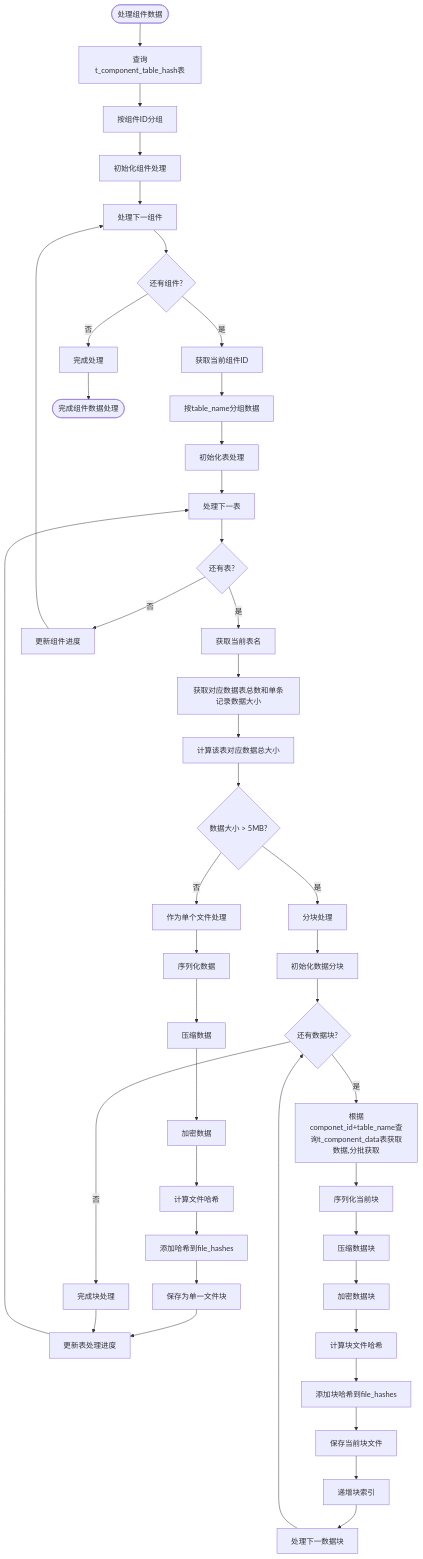
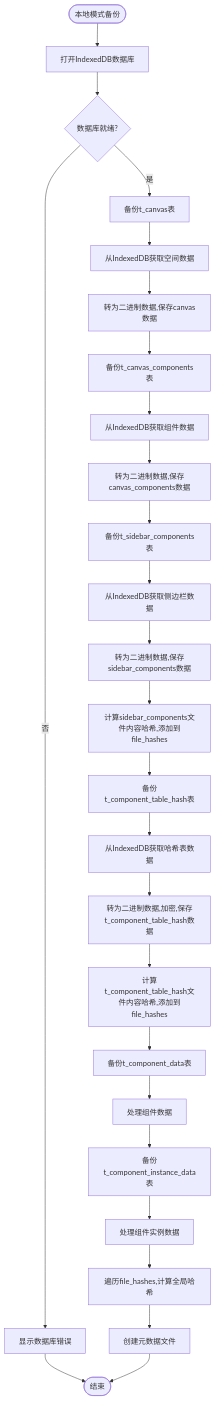
The diagram in all/未命名-60.md (yingjianzh/iodraw-files), drawn with Mermaid before and after one commit.

Commit message:
2025-05-15 15:03:29 update

````diff
--- a/all/未命名-60.md
+++ b/all/未命名-60.md
@@ -1,62 +1,38 @@
 ```mermaid
 
 flowchart TD
-    Start([处理组件数据]) --> QueryDB[查询t_component_table_hash表]
-    QueryDB --> GroupByComp[按组件ID分组]
-    GroupByComp --> InitCompProcess[初始化组件处理]
+    Start([本地模式备份]) --> OpenDB[打开IndexedDB数据库]
+    OpenDB --> DBReady{数据库就绪?}
     
-    InitCompProcess --> ProcessNextComp[处理下一组件]
-    ProcessNextComp --> MoreComps{还有组件?}
-    MoreComps -->|否| CompleteProcess[完成处理]
-    MoreComps -->|是| GetCompID[获取当前组件ID]
+    DBReady -->|否| ShowDBError[显示数据库错误]
+    DBReady -->|是| BackupCanvas[备份t_canvas表]
     
-    GetCompID --> GroupByTable[按table_name分组数据]
-    GroupByTable --> InitTableProcess[初始化表处理]
+    ShowDBError --> End([结束])
     
-    InitTableProcess --> ProcessNextTable[处理下一表]
-    ProcessNextTable --> MoreTables{还有表?}
-
-
-    MoreTables -->|是| GetTableName[获取当前表名]
-    MoreTables -->|否| UpdateCompProgress[更新组件进度]
+    BackupCanvas --> GetCanvasFromDB[从IndexedDB获取空间数据]
+    GetCanvasFromDB --> ProcessCanvasFile[转为二进制数据,保存canvas数据]
+    ProcessCanvasFile -->  BackupCanvasComps[备份t_canvas_components表]
+    BackupCanvasComps --> GetCanvasCompsFromDB[从IndexedDB获取组件数据]
+    GetCanvasCompsFromDB --> ProcessCanvasCompsFile[转为二进制数据,保存canvas_components数据]
+    ProcessCanvasCompsFile -->  BackupSidebarComps[备份t_sidebar_components表]
+    BackupSidebarComps --> GetSidebarCompsFromDB[从IndexedDB获取侧边栏数据]
+    GetSidebarCompsFromDB --> ProcessSidebarCompsFile[转为二进制数据,保存sidebar_components数据]
+    ProcessSidebarCompsFile --> AddSidebarCompsHash[计算sidebar_components文件内容哈希,添加到file_hashes]
     
-    UpdateCompProgress --> ProcessNextComp
+    AddSidebarCompsHash --> BackupHashTables[备份t_component_table_hash表]
+    BackupHashTables --> GetHashTablesFromDB[从IndexedDB获取哈希表数据]
+    GetHashTablesFromDB --> ProcessHashTablesFile[转为二进制数据,加密,保存t_component_table_hash数据]
+    ProcessHashTablesFile --> AddHashTablesHash[计算t_component_table_hash文件内容哈希,添加到file_hashes]
     
-    GetTableName --> CheckDataSize[获取对应数据表总数和单条记录数据大小]
-    CheckDataSize --> TotalSize[计算该表对应数据总大小]
-
-    TotalSize --> DataSize{数据大小 > 5MB?}
-   
-    DataSize -->|否| ProcessSingleFile[作为单个文件处理]
-    DataSize -->|是| ProcessMultipleChunks[分块处理]
-
-    ProcessMultipleChunks --> InitChunks[初始化数据分块]
-    InitChunks --> MoreChunks{还有数据块?}
-    MoreChunks -->|是| QueryTableData[根据componet_id+table_name查询t_component_data表获取数据,分批获取]
-    MoreChunks -->|否| CompleteChunks[完成块处理]
+    AddHashTablesHash --> BackupCompData[备份t_component_data表]
+    BackupCompData --> ProcessCompData[处理组件数据]
     
-    ProcessSingleFile --> SerializeData[序列化数据]
-    SerializeData --> CompressData[压缩数据]
-    CompressData --> EncryptData[加密数据]
-    EncryptData --> CalcFileHash[计算文件哈希]
-    CalcFileHash --> AddToFileHashes[添加哈希到file_hashes]
-    AddToFileHashes --> SaveSingleFile[保存为单一文件块]
-    SaveSingleFile --> UpdateTableProgress[更新表处理进度]
+    ProcessCompData --> BackupInstData[备份t_component_instance_data表]
+    BackupInstData --> ProcessInstData[处理组件实例数据]
     
+    ProcessInstData --> CalculateGlobalHash[遍历file_hashes,计算全局哈希]
+    CalculateGlobalHash --> CreateMetadataFile[创建元数据文件]
     
-    QueryTableData --> SerializeChunk[序列化当前块]
-    SerializeChunk --> CompressChunk[压缩数据块]
-    CompressChunk --> EncryptChunk[加密数据块]
-    EncryptChunk --> CalcChunkHash[计算块文件哈希]
-    CalcChunkHash --> AddChunkHash[添加块哈希到file_hashes]
-    AddChunkHash --> SaveCurrentData[保存当前块文件]
-    SaveCurrentData --> IncrementChunkIndex[递增块索引]
-    IncrementChunkIndex --> ProcessNextChunk[处理下一数据块]
-    ProcessNextChunk --> MoreChunks
-    
-    CompleteChunks --> UpdateTableProgress
-    UpdateTableProgress --> ProcessNextTable
-    
-    CompleteProcess --> End([完成组件数据处理])
+    CreateMetadataFile --> End
 
 ```
````
